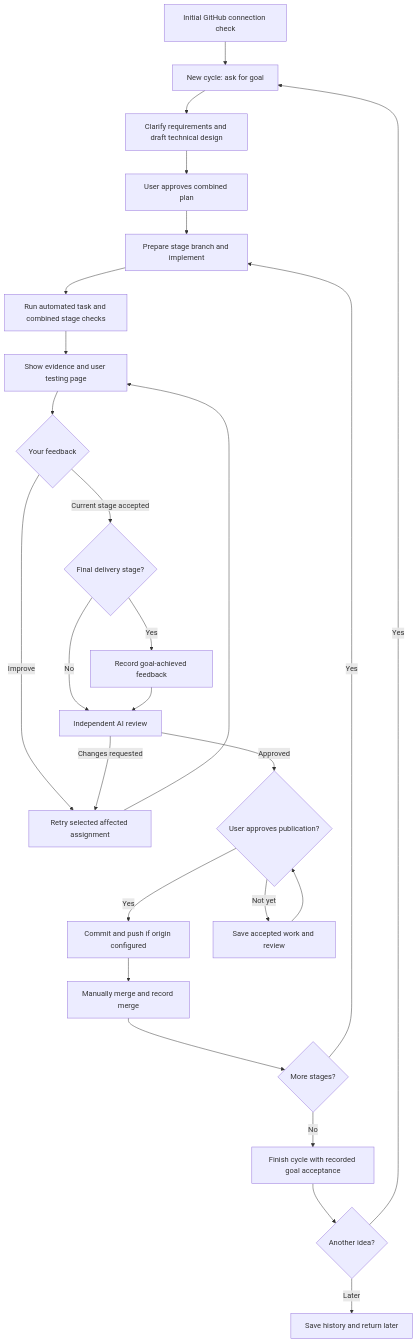
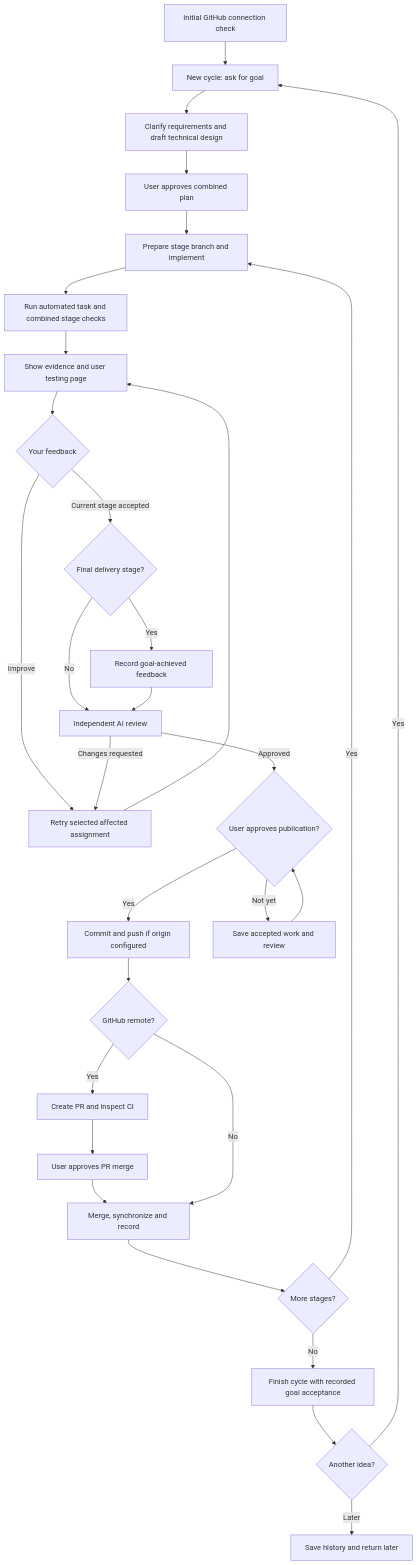
The second of 3 diagrams in README.md (davidyao4344314/codex-project-orchestrator), drawn with Mermaid before and after one commit. The commit also changed other lines of this file and 1 other file, not shown here.

Commit message:
Document GitHub pull request checks and approved main delivery

````diff
--- a/README.md
+++ b/README.md
@@ -361,28 +404,32 @@
 ```mermaid
 flowchart TD
     Connect[Initial GitHub connection check] --> Idea[New cycle: ask for goal]
     Idea --> Plan[Clarify requirements and draft technical design]
     Plan --> Approval[User approves combined plan]
     Approval --> Stage[Prepare stage branch and implement]
     Stage --> Automated[Run automated task and combined stage checks]
     Automated --> Tests[Show evidence and user testing page]
     Tests --> FeedbackChoice{Your feedback}
     FeedbackChoice -->|Improve| Target[Retry selected affected assignment]
     Target --> Tests
     FeedbackChoice -->|Current stage accepted| Final{Final delivery stage?}
     Final -->|No| Review[Independent AI review]
     Final -->|Yes| Goal[Record goal-achieved feedback]
     Goal --> Review
     Review -->|Changes requested| Target
     Review -->|Approved| Permission{User approves publication?}
     Permission -->|Yes| Commit[Commit and push if origin configured]
     Permission -->|Not yet| PauseReview[Save accepted work and review]
     PauseReview --> Permission
-    Commit --> Merge[Manually merge and record merge]
+    Commit --> Hosted{GitHub remote?}
+    Hosted -->|Yes| PR[Create PR and inspect CI]
+    PR --> MergeApproval[User approves PR merge]
+    MergeApproval --> Merge[Merge, synchronize and record]
+    Hosted -->|No| Merge
     Merge --> More{More stages?}
     More -->|Yes| Stage
     More -->|No| Feedback[Finish cycle with recorded goal acceptance]
     Feedback --> Again{Another idea?}
     Again -->|Yes| Idea
     Again -->|Later| Pause[Save history and return later]
 ```
````
